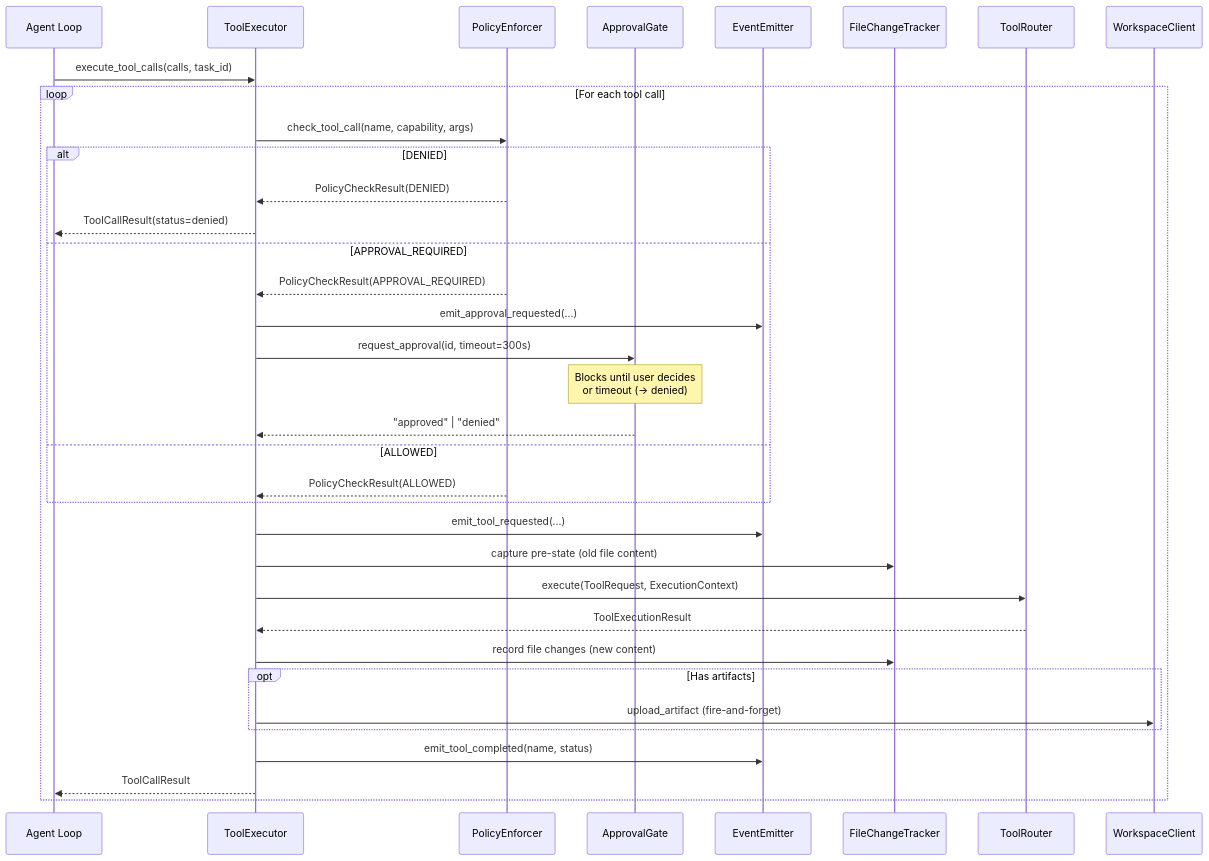
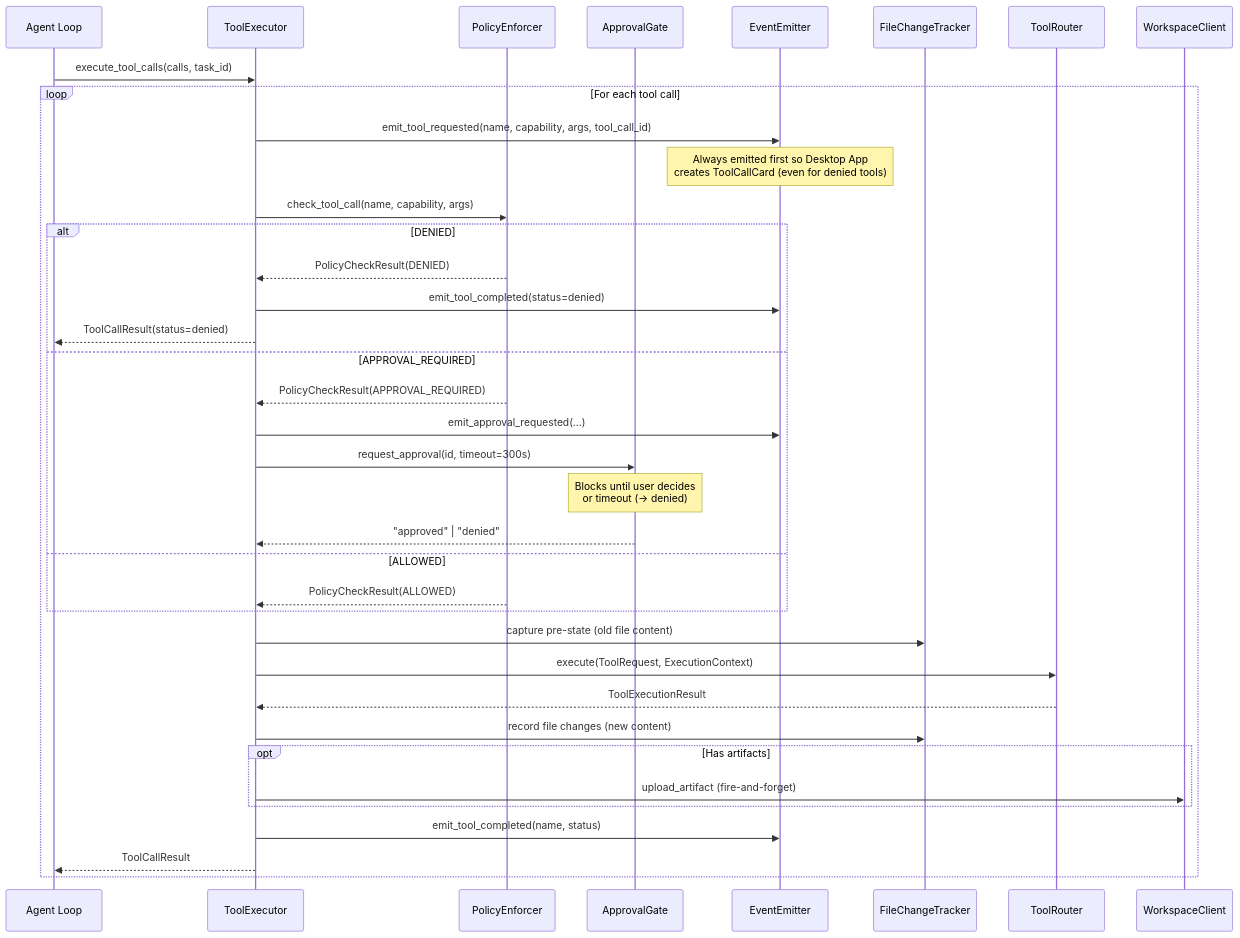
One commit to suman724/cowork-agent-runtime changed the sixth of 20 diagrams in docs/agent-loop-architecture.md. Above: the diagram before and after it, drawn with Mermaid. The commit also changed other lines of this file and 13 other files, not shown here.

````diff
--- a/docs/agent-loop-architecture.md
+++ b/docs/agent-loop-architecture.md
@@ -350,43 +356,46 @@
 ```mermaid
 sequenceDiagram
     participant AL as Agent Loop
     participant TE as ToolExecutor
     participant PE as PolicyEnforcer
     participant AG as ApprovalGate
     participant EE as EventEmitter
     participant FCT as FileChangeTracker
     participant TR as ToolRouter
     participant WC as WorkspaceClient
 
     AL->>TE: execute_tool_calls(calls, task_id)
 
     loop For each tool call
+        TE->>EE: emit_tool_requested(name, capability, args, tool_call_id)
+        Note over EE: Always emitted first so Desktop App<br/>creates ToolCallCard (even for denied tools)
+
         TE->>PE: check_tool_call(name, capability, args)
         alt DENIED
             PE-->>TE: PolicyCheckResult(DENIED)
+            TE->>EE: emit_tool_completed(status=denied)
             TE-->>AL: ToolCallResult(status=denied)
         else APPROVAL_REQUIRED
             PE-->>TE: PolicyCheckResult(APPROVAL_REQUIRED)
             TE->>EE: emit_approval_requested(...)
             TE->>AG: request_approval(id, timeout=300s)
             Note over AG: Blocks until user decides<br/>or timeout (→ denied)
             AG-->>TE: "approved" | "denied"
         else ALLOWED
             PE-->>TE: PolicyCheckResult(ALLOWED)
         end
 
-        TE->>EE: emit_tool_requested(...)
         TE->>FCT: capture pre-state (old file content)
         TE->>TR: execute(ToolRequest, ExecutionContext)
         TR-->>TE: ToolExecutionResult
 
         TE->>FCT: record file changes (new content)
 
         opt Has artifacts
             TE->>WC: upload_artifact (fire-and-forget)
         end
 
         TE->>EE: emit_tool_completed(name, status)
         TE-->>AL: ToolCallResult
     end
 ```
````
